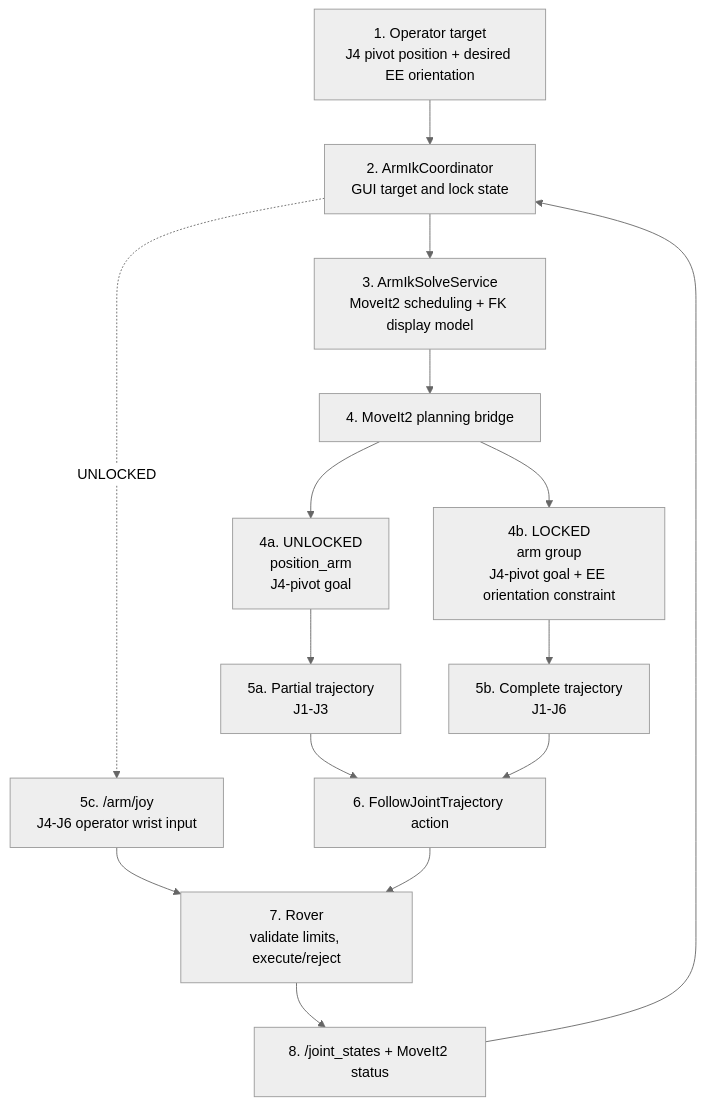
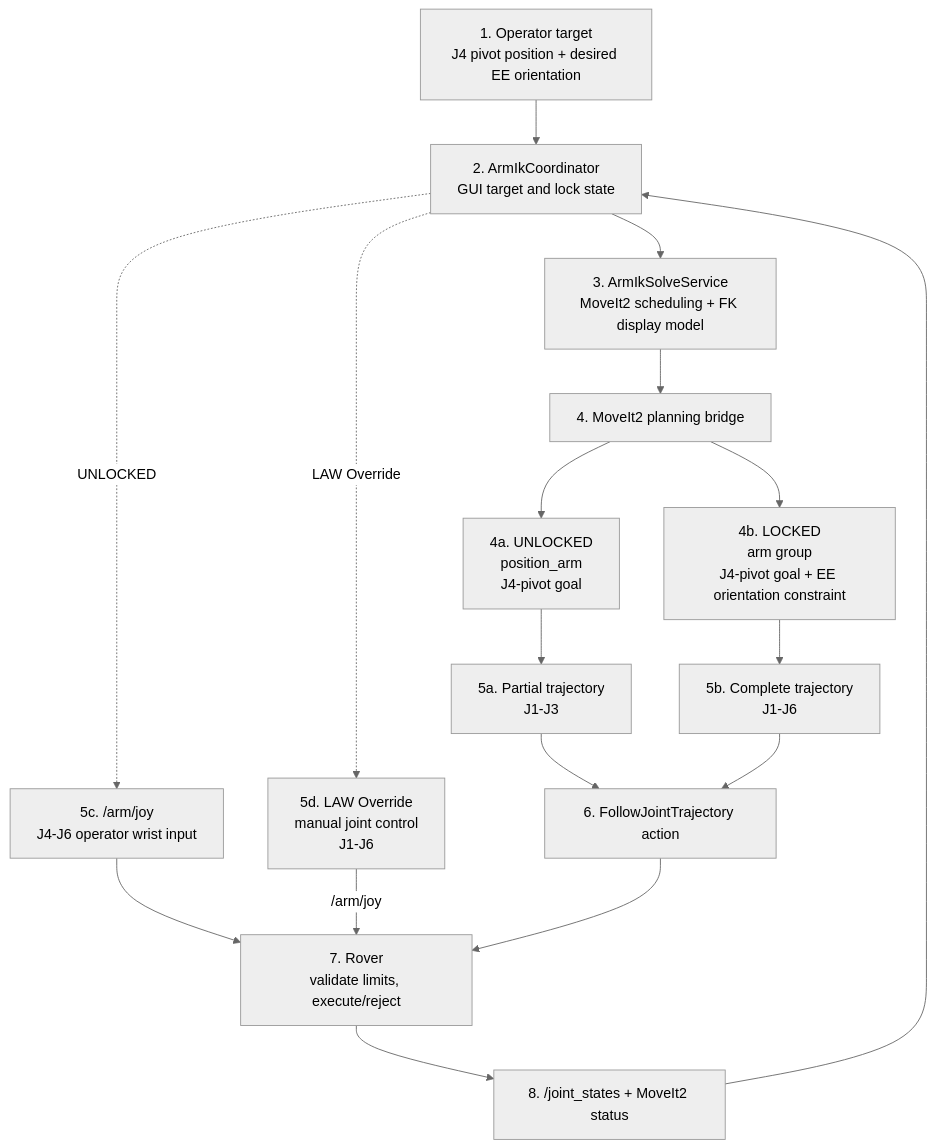
The diagram in gui/docs/arm-ik.md (deakin-robotics/Chasmata-2027), drawn with Mermaid (neutral theme) before and after one commit. The commit also changed 1 other file, not shown here.

Commit message:
Document local full-stack startup

````diff
--- a/gui/docs/arm-ik.md
+++ b/gui/docs/arm-ik.md
@@ -11,22 +11,25 @@
 ```mermaid
 flowchart TB
     target[1. Operator target<br/>J4 pivot position + desired EE orientation]
     coordinator[2. ArmIkCoordinator<br/>GUI target and lock state]
     solveService[3. ArmIkSolveService<br/>MoveIt2 scheduling + FK display model]
     moveit[4. MoveIt2 planning bridge]
     unlocked[4a. UNLOCKED<br/>position_arm<br/>J4-pivot goal]
     locked[4b. LOCKED<br/>arm group<br/>J4-pivot goal + EE orientation constraint]
     partial[5a. Partial trajectory<br/>J1-J3]
     full[5b. Complete trajectory<br/>J1-J6]
     wrist[5c. /arm/joy<br/>J4-J6 operator wrist input]
+    override[5d. LAW Override<br/>manual joint control<br/>J1-J6]
     action[6. FollowJointTrajectory action]
     rover[7. Rover<br/>validate limits, execute/reject]
     telemetry[8. /joint_states + MoveIt2 status]
 
     target --> coordinator --> solveService --> moveit
     moveit --> unlocked --> partial --> action
     moveit --> locked --> full --> action
     coordinator -. UNLOCKED .-> wrist
     wrist --> rover
+    coordinator -. LAW Override .-> override
+    override -->|/arm/joy| rover
     action --> rover --> telemetry --> coordinator
 ```
````
